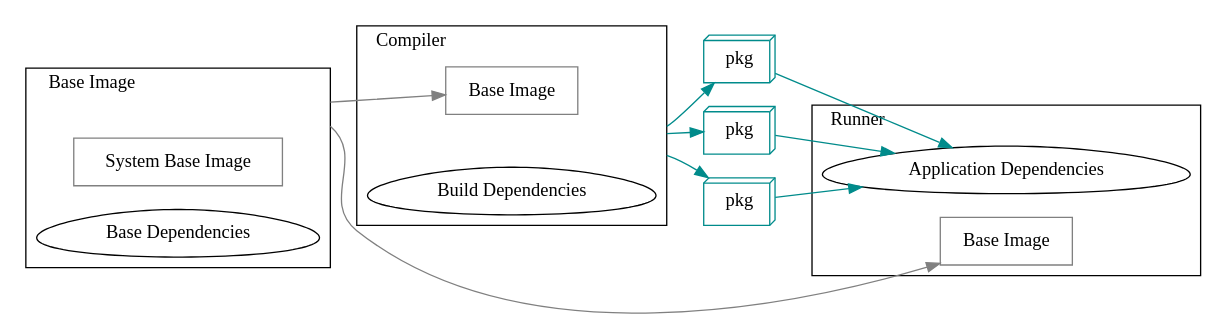
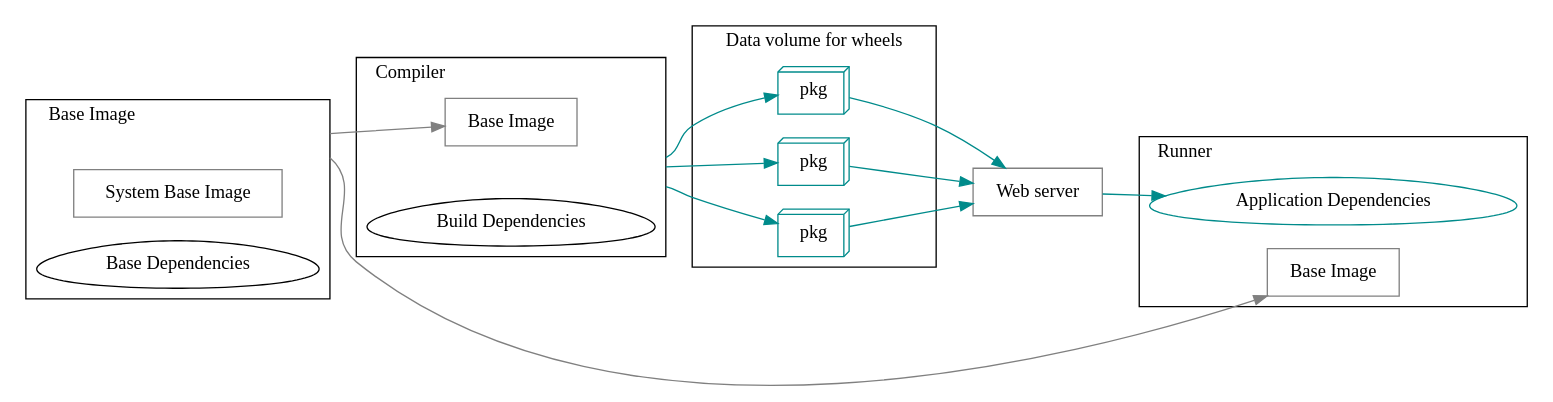
The diagram in docs/concepts.rst (Polyconseil/grocker), drawn with Graphviz before and after one commit. The commit also changed other lines of this file, not shown here.

Commit message:
docs: Detail the data volume usage concepts

```diff
--- a/docs/concepts.rst
+++ b/docs/concepts.rst
@@ -19,48 +22,60 @@
 .. graphviz::
 
     strict digraph builder {
         labeljust=l;
         compound=true;
         rankdir=LR;
 
         node [shape="box"];
 
 
         subgraph cluster_BASE {
             label="Base Image";
 
             BASE [shape=point, label="", color=none];
 
             BASE_SYS [label="System Base Image", color=grey];
             BASE_DEP [label="Base Dependencies", shape=egg];
         }
 
         subgraph cluster_CMP {
             label="Compiler";
 
             CMP_BASE [label="Base Image", color=grey];
             CMP [shape=point, label="", color=none];
             CMP_BUILD [label="Build Dependencies", shape=egg];
 
         }
 
-        subgraph PKG {
-            node [label=pkg, shape=box3d, color=darkcyan];
+        subgraph cluster_WHEEL_STORAGE {
+            label = "Data volume for wheels";
 
-            PKG_1
-            PKG_2
-            PKG_3
+            subgraph PKG {
+                node [label=pkg, shape=box3d, color=darkcyan];
+
+                PKG_1
+                PKG_2
+                PKG_3
+            }
+
+        }
+
+        subgraph WEB_SERVER {
+            WEB_SERVER [label="Web server", color=grey];
         }
 
         subgraph cluster_RUN {
             label="Runner";
 
             RUN_BASE [label="Base Image", color=grey];
             RUN_RUNNER [label="Application Dependencies", shape=egg];
         }
 
         BASE -> {RUN_BASE, CMP_BASE} [ltail=cluster_BASE, color=grey];
         CMP -> {PKG_1, PKG_2, PKG_3} [ltail=cluster_CMP, color=darkcyan];
-        {PKG_1, PKG_2, PKG_3} -> RUN_RUNNER [color=darkcyan];
+        {PKG_1, PKG_2, PKG_3} -> WEB_SERVER [color="darkcyan"];
+        WEB_SERVER -> RUN_RUNNER [ltail=WEB_SERVER, color=darkcyan];
+
+        RUN_RUNNER [color=darkcyan];
 
     }
```
